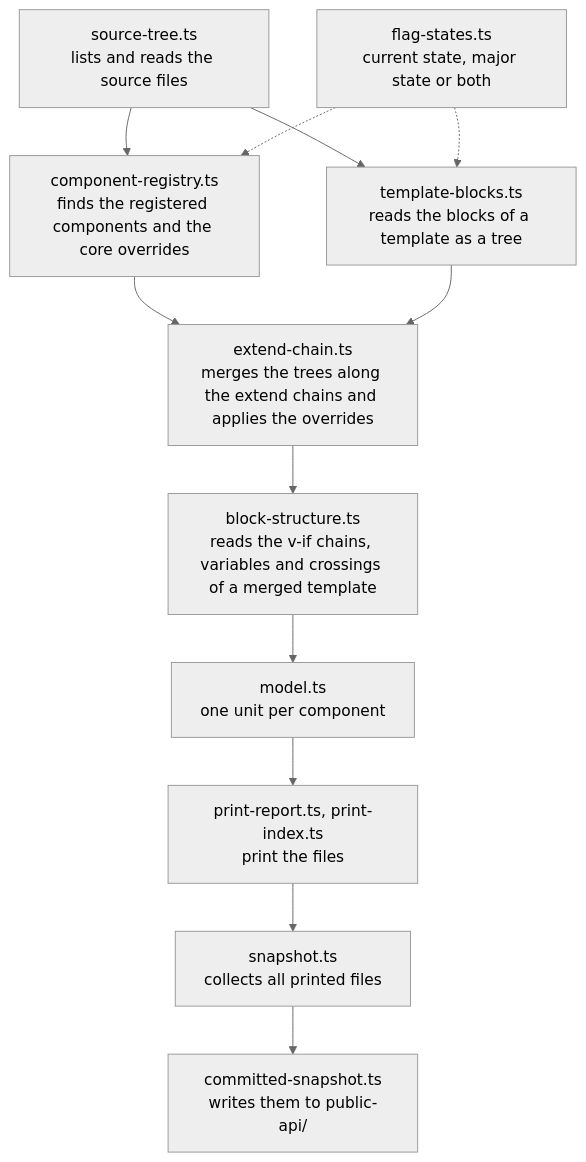
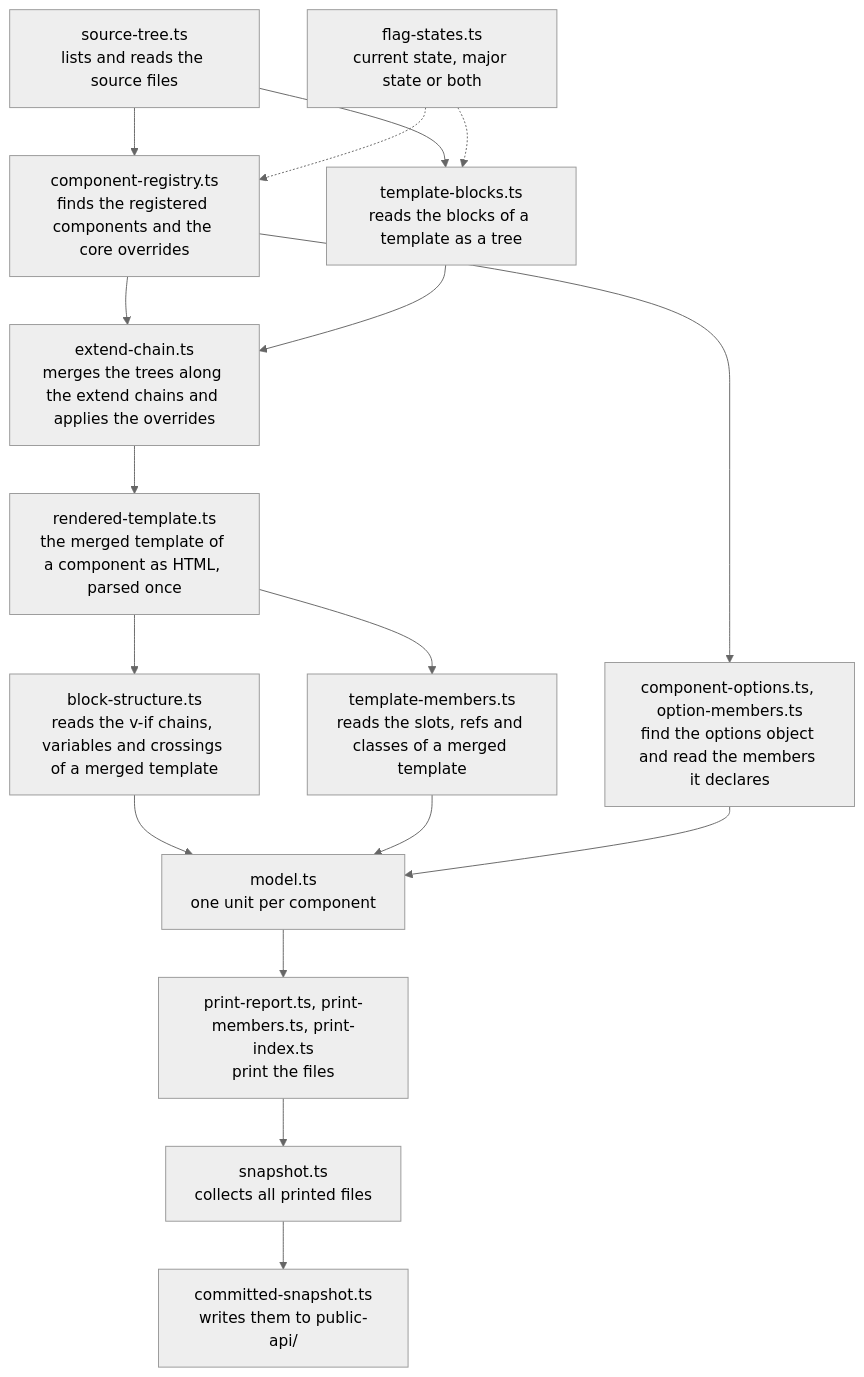
The first of 2 diagrams in src/Administration/Resources/app/administration/scripts/generate-public-api/README.md (shopware/shopware), drawn with Mermaid (neutral theme) before and after one commit. The commit also changed other lines of this file and 182 other files, not shown here.

First line of the commit message:
feat(administration): add the members of a component to the public API snapshot

````diff
--- a/src/Administration/Resources/app/administration/scripts/generate-public-api/README.md
+++ b/src/Administration/Resources/app/administration/scripts/generate-public-api/README.md
@@ -12,19 +12,24 @@
 ```mermaid
 flowchart TD
     tree["source-tree.ts<br/>lists and reads the source files"]
     registry["component-registry.ts<br/>finds the registered components and the core overrides"]
     blocks["template-blocks.ts<br/>reads the blocks of a template as a tree"]
     chain["extend-chain.ts<br/>merges the trees along the extend chains and applies the overrides"]
+    rendered["rendered-template.ts<br/>the merged template of a component as HTML, parsed once"]
     structure["block-structure.ts<br/>reads the v-if chains, variables and crossings of a merged template"]
+    templateMembers["template-members.ts<br/>reads the slots, refs and classes of a merged template"]
+    options["component-options.ts, option-members.ts<br/>find the options object and read the members it declares"]
     flags["flag-states.ts<br/>current state, major state or both"]
     model["model.ts<br/>one unit per component"]
-    printers["print-report.ts, print-index.ts<br/>print the files"]
+    printers["print-report.ts, print-members.ts, print-index.ts<br/>print the files"]
     snapshot["snapshot.ts<br/>collects all printed files"]
     committed["committed-snapshot.ts<br/>writes them to public-api/"]
 
     tree --> registry --> chain
-    tree --> blocks --> chain --> structure --> model
+    tree --> blocks --> chain --> rendered --> structure --> model
+    rendered --> templateMembers --> model
+    registry --> options --> model
     flags -.-> registry
     flags -.-> blocks
     model --> printers --> snapshot --> committed
 ```
````
